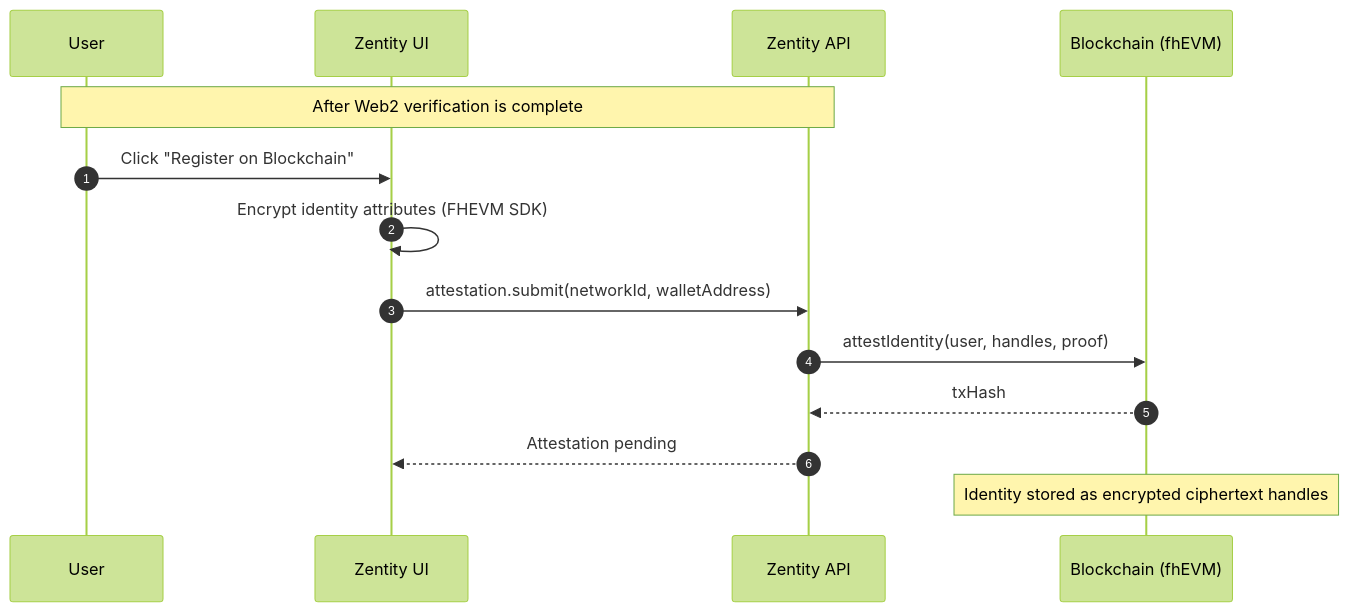
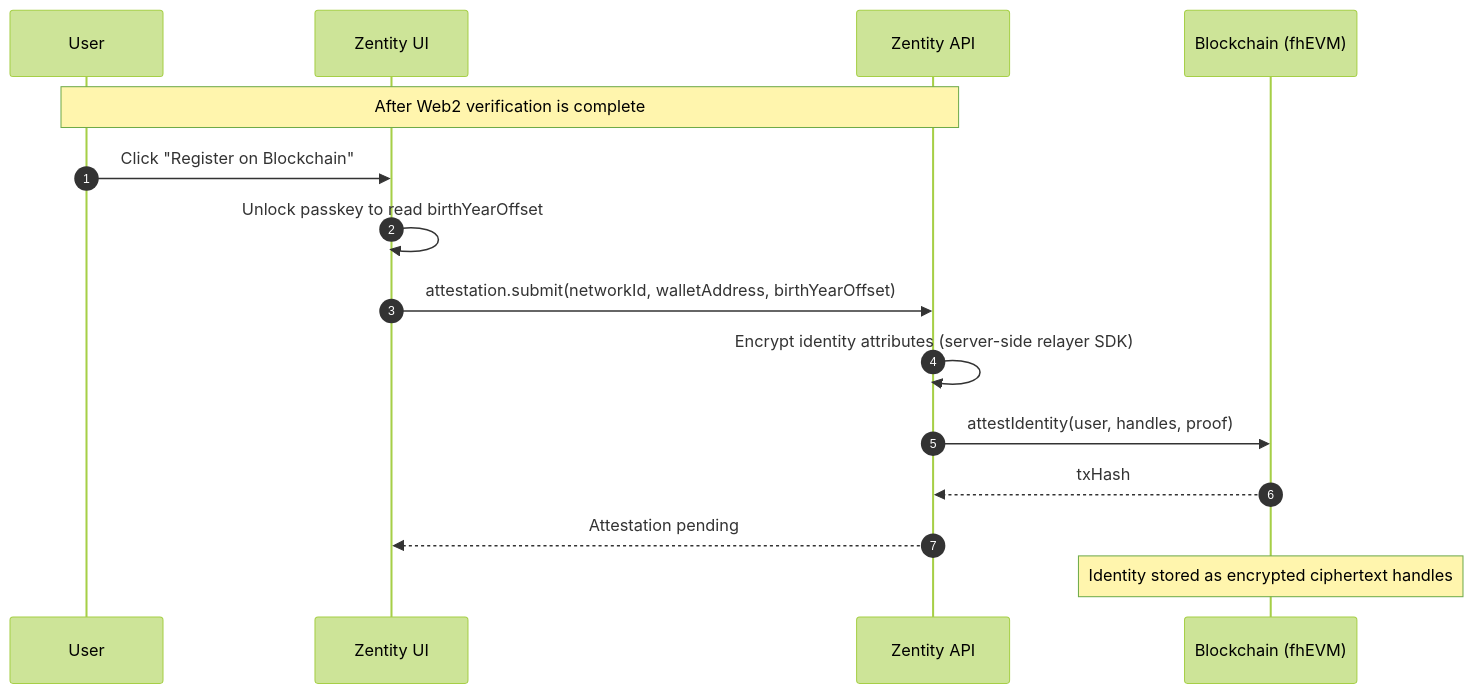
One commit to gustavovalverde/zentity changed the fourth of 4 diagrams in docs/architecture.md. Above: the diagram before and after it, drawn with Mermaid (forest theme). The commit also changed other lines of this file and 27 other files, not shown here.

````diff
--- a/docs/architecture.md
+++ b/docs/architecture.md
@@ -326,17 +330,18 @@
 ```mermaid
 sequenceDiagram
   autonumber
   participant User
   participant UI as Zentity UI
   participant API as Zentity API
   participant BC as Blockchain (fhEVM)
 
   Note over User,API: After Web2 verification is complete
   User->>UI: Click "Register on Blockchain"
-  UI->>UI: Encrypt identity attributes (FHEVM SDK)
-  UI->>API: attestation.submit(networkId, walletAddress)
+  UI->>UI: Unlock passkey to read birthYearOffset
+  UI->>API: attestation.submit(networkId, walletAddress, birthYearOffset)
+  API->>API: Encrypt identity attributes (server-side relayer SDK)
   API->>BC: attestIdentity(user, handles, proof)
   BC-->>API: txHash
   API-->>UI: Attestation pending
   Note over BC: Identity stored as encrypted ciphertext handles
 ```
````
